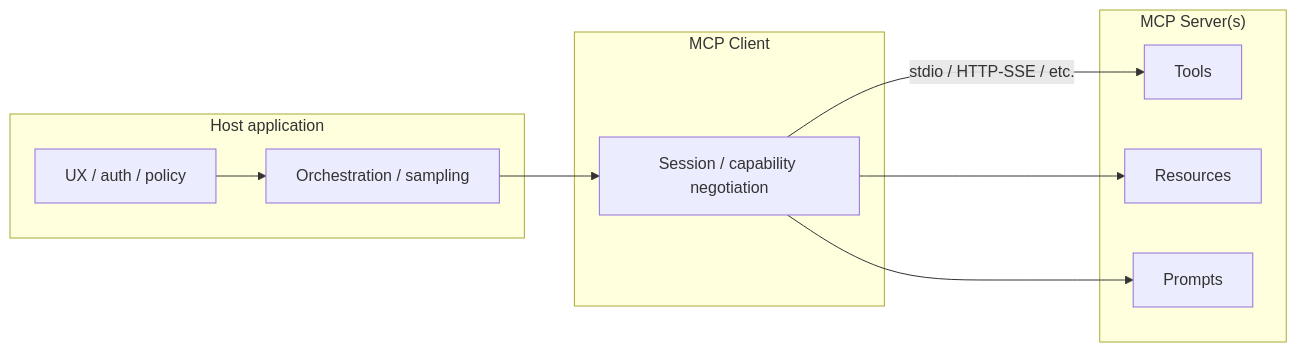
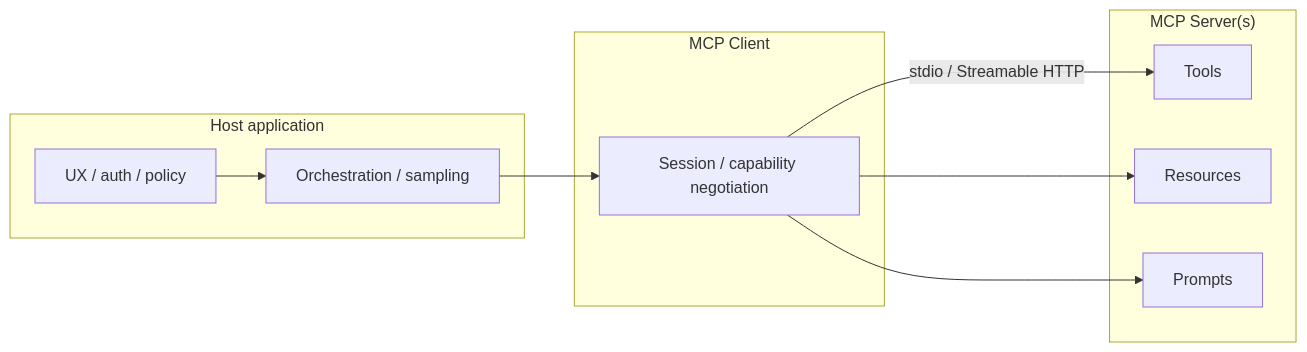
One commit to sanketn26/AIEngineering changed the diagram in docs/core/08-model-context-protocol.md. Above: the diagram before and after it, drawn with Mermaid. The commit also changed other lines of this file and 27 other files, not shown here.

````diff
--- a/docs/core/08-model-context-protocol.md
+++ b/docs/core/08-model-context-protocol.md
@@ -36,20 +36,20 @@
 ```mermaid
 flowchart LR
   subgraph Host["Host application"]
     UX[UX / auth / policy]
     Orch[Orchestration / sampling]
   end
   subgraph Client["MCP Client"]
     Sess[Session / capability negotiation]
   end
   subgraph Servers["MCP Server(s)"]
     T[Tools]
     R[Resources]
     P[Prompts]
   end
   UX --> Orch
   Orch --> Sess
-  Sess -->|stdio / HTTP-SSE / etc.| T
+  Sess -->|stdio / Streamable HTTP| T
   Sess --> R
   Sess --> P
 ```
````
